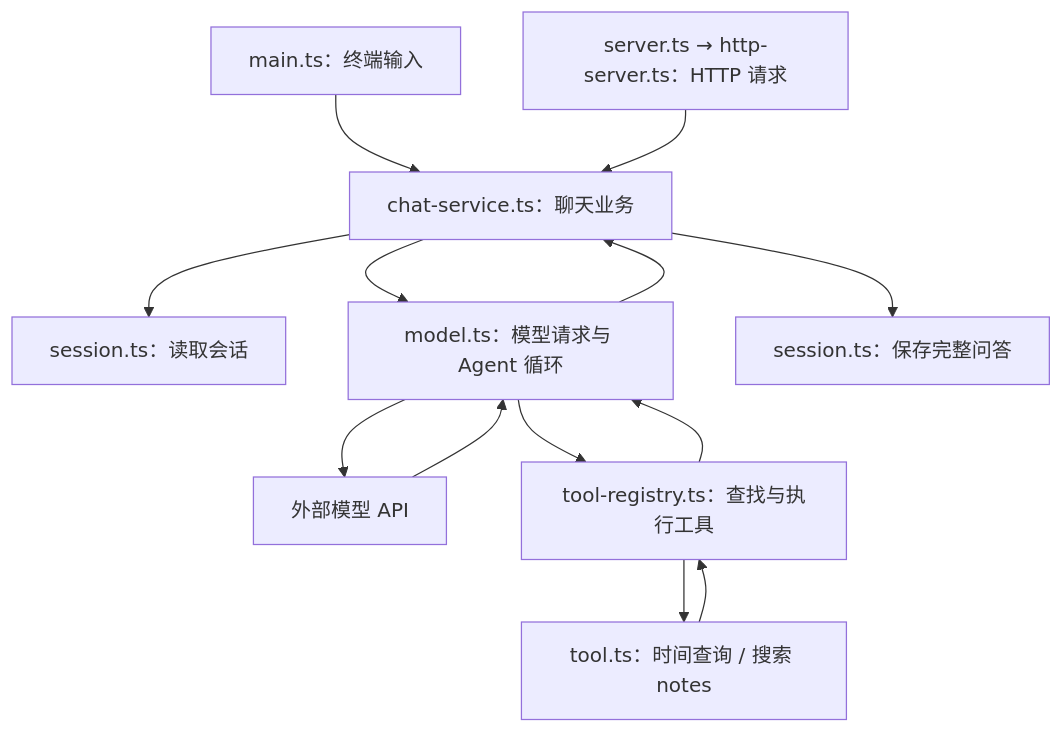
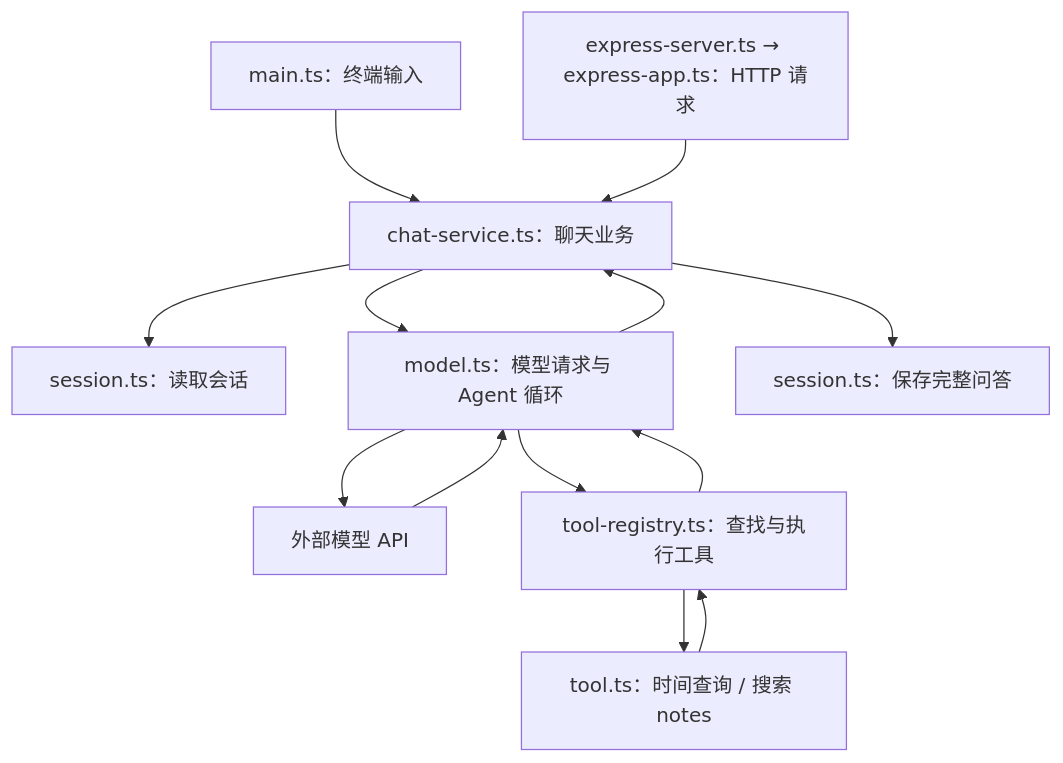
One commit to calmaknc/AlgoPilot changed the diagram in APPLICATION_FLOW.md. Above: the diagram before and after it, drawn with Mermaid. The commit also changed other lines of this file and 14 other files, not shown here.

Commit message:
Archive native HTTP server and complete Express chat frontend

````diff
--- a/APPLICATION_FLOW.md
+++ b/APPLICATION_FLOW.md
@@ -18,15 +27,15 @@
 ```mermaid
 flowchart TD
     CLI["main.ts：终端输入"] --> SERVICE["chat-service.ts：聊天业务"]
-    HTTP["server.ts → http-server.ts：HTTP 请求"] --> SERVICE
+    HTTP["express-server.ts → express-app.ts：HTTP 请求"] --> SERVICE
     SERVICE --> LOAD["session.ts：读取会话"]
     SERVICE --> MODEL["model.ts：模型请求与 Agent 循环"]
     MODEL --> API["外部模型 API"]
     API --> MODEL
     MODEL --> REGISTRY["tool-registry.ts：查找与执行工具"]
     REGISTRY --> TOOL["tool.ts：时间查询 / 搜索 notes"]
     TOOL --> REGISTRY
     REGISTRY --> MODEL
     MODEL --> SERVICE
     SERVICE --> SAVE["session.ts：保存完整问答"]
 ```
````
